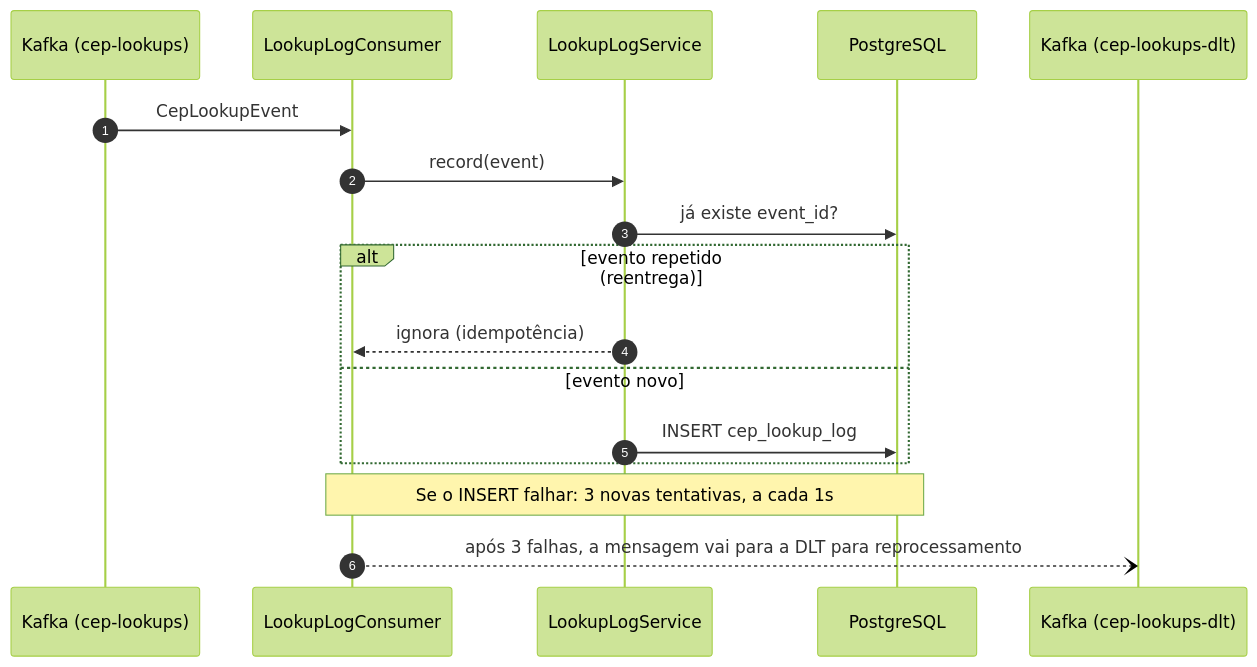
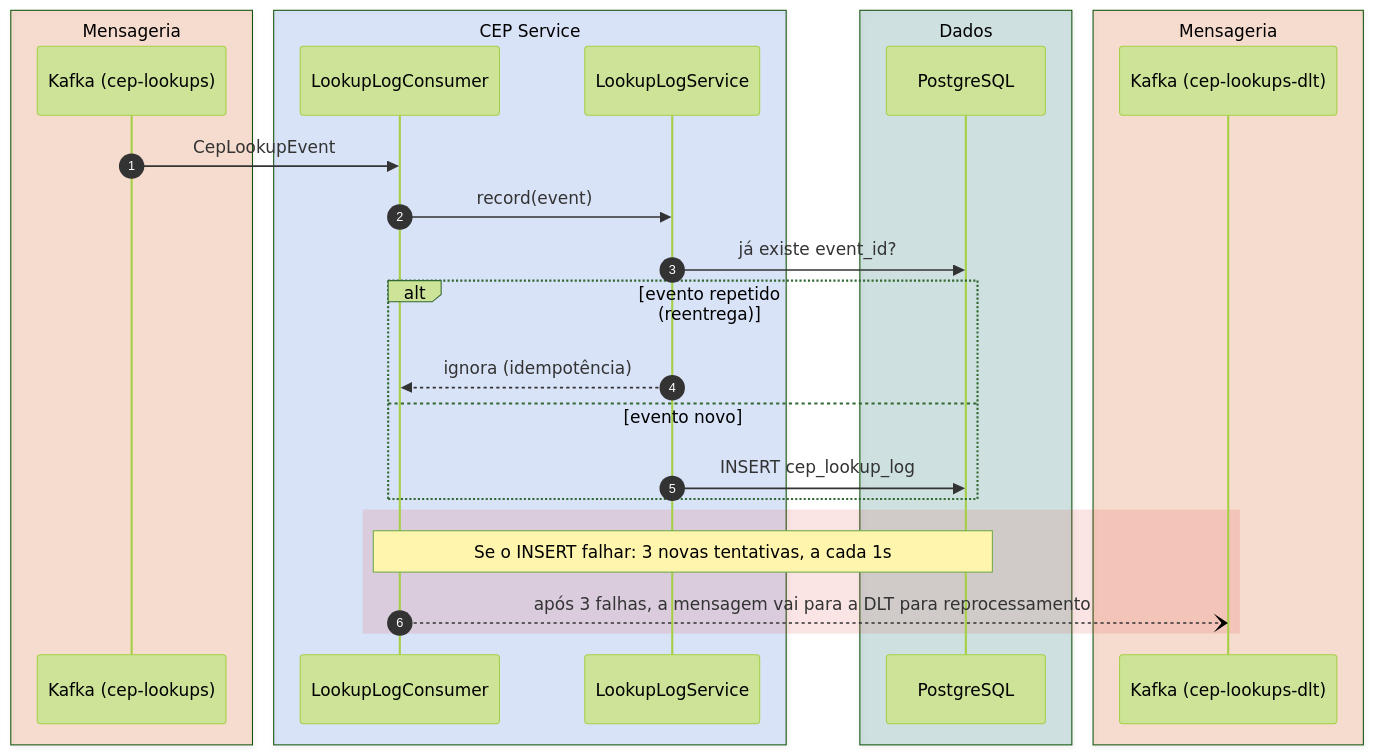
Before and after one commit to thales-mro/cep-service: the fourth of 5 diagrams in docs/arquitetura.md, drawn with Mermaid (forest theme). The commit also changed other lines of this file and 1 other file, not shown here.

First line of the commit message:
Colore os diagramas e usa símbolo de fila para o Kafka

````diff
--- a/docs/arquitetura.md
+++ b/docs/arquitetura.md
@@ -121,20 +184,30 @@
 ```mermaid
 sequenceDiagram
     autonumber
-    participant K as Kafka (cep-lookups)
-    participant L as LookupLogConsumer
-    participant S as LookupLogService
-    participant DB as PostgreSQL
-    participant D as Kafka (cep-lookups-dlt)
+    box rgba(234, 88, 12, 0.18) Mensageria
+        participant K as Kafka (cep-lookups)
+    end
+    box rgba(37, 99, 235, 0.15) CEP Service
+        participant L as LookupLogConsumer
+        participant S as LookupLogService
+    end
+    box rgba(15, 118, 110, 0.18) Dados
+        participant DB as PostgreSQL
+    end
+    box rgba(234, 88, 12, 0.18) Mensageria
+        participant D as Kafka (cep-lookups-dlt)
+    end
 
     K->>L: CepLookupEvent
     L->>S: record(event)
     S->>DB: já existe event_id?
     alt evento repetido (reentrega)
         S-->>L: ignora (idempotência)
     else evento novo
         S->>DB: INSERT cep_lookup_log
     end
-    Note over L,DB: Se o INSERT falhar: 3 novas tentativas, a cada 1s
-    L--)D: após 3 falhas, a mensagem vai para a DLT para reprocessamento
+    rect rgba(220, 38, 38, 0.12)
+        Note over L,DB: Se o INSERT falhar: 3 novas tentativas, a cada 1s
+        L--)D: após 3 falhas, a mensagem vai para a DLT para reprocessamento
+    end
 ```
````
